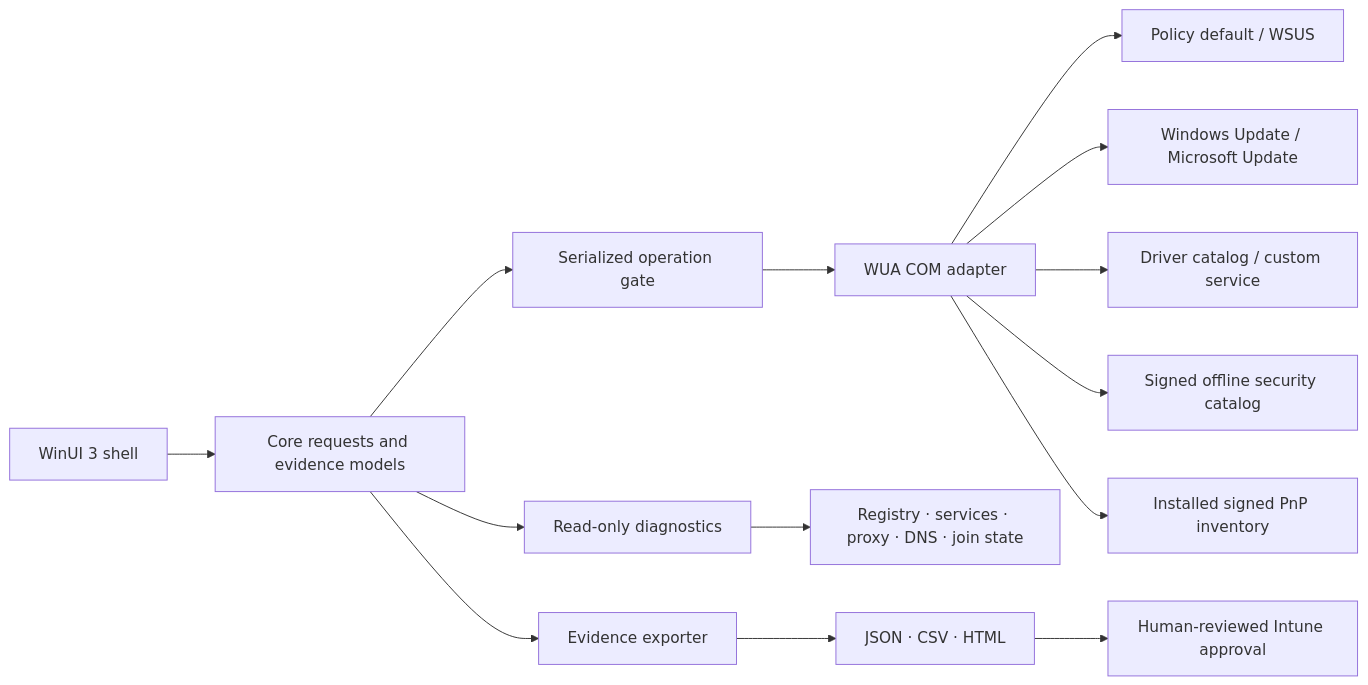
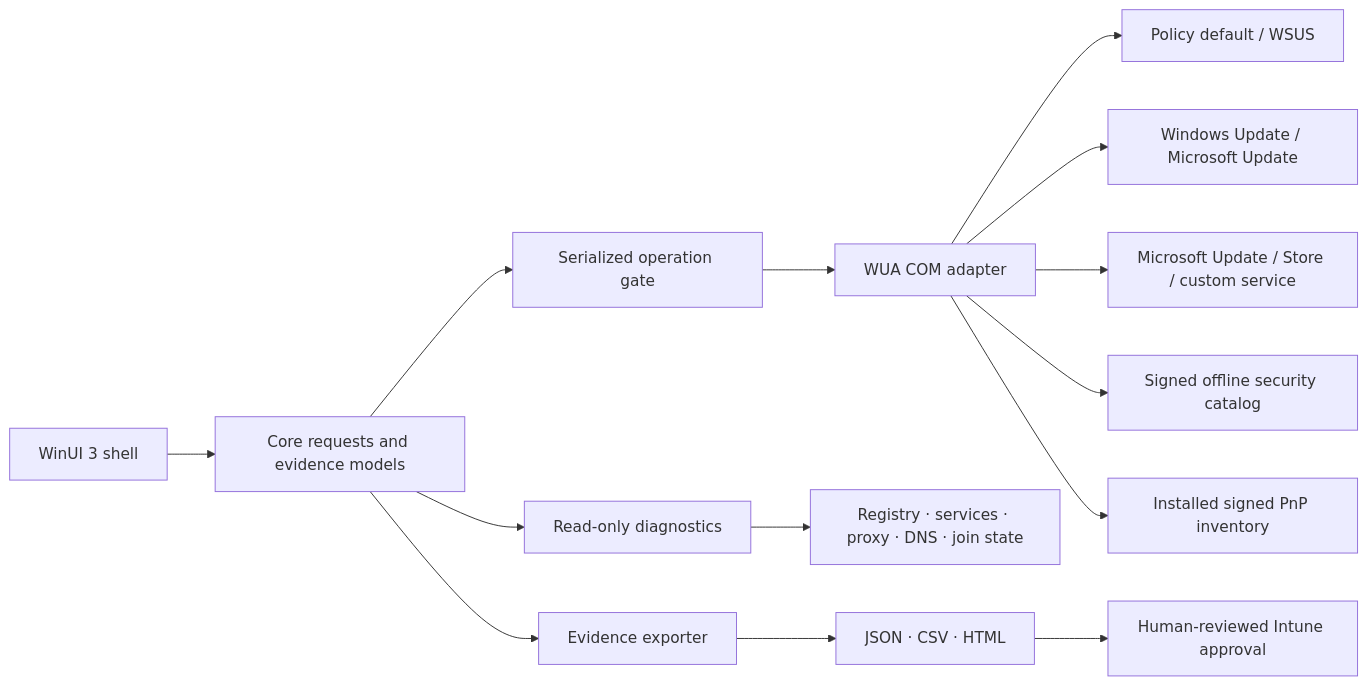
Before and after one commit to retsak/WuPilot: the diagram in docs/ARCHITECTURE.md, drawn with Mermaid. The commit also changed other lines of this file and 17 other files, not shown here.

````diff
--- a/docs/ARCHITECTURE.md
+++ b/docs/ARCHITECTURE.md
@@ -7,16 +7,16 @@
 ```mermaid
 flowchart LR
     UI["WinUI 3 shell"] --> CORE["Core requests and evidence models"]
     CORE --> GATE["Serialized operation gate"]
     GATE --> WUA["WUA COM adapter"]
     WUA --> DEF["Policy default / WSUS"]
     WUA --> WU["Windows Update / Microsoft Update"]
-    WUA --> DCAT["Driver catalog / custom service"]
+    WUA --> OTHER["Microsoft Update / Store / custom service"]
     WUA --> OFFLINE["Signed offline security catalog"]
     WUA --> PNP["Installed signed PnP inventory"]
     CORE --> DIAG["Read-only diagnostics"]
     DIAG --> OS["Registry · services · proxy · DNS · join state"]
     CORE --> EXPORT["Evidence exporter"]
     EXPORT --> BUNDLE["JSON · CSV · HTML"]
     BUNDLE --> INTUNE["Human-reviewed Intune approval"]
 ```
````
